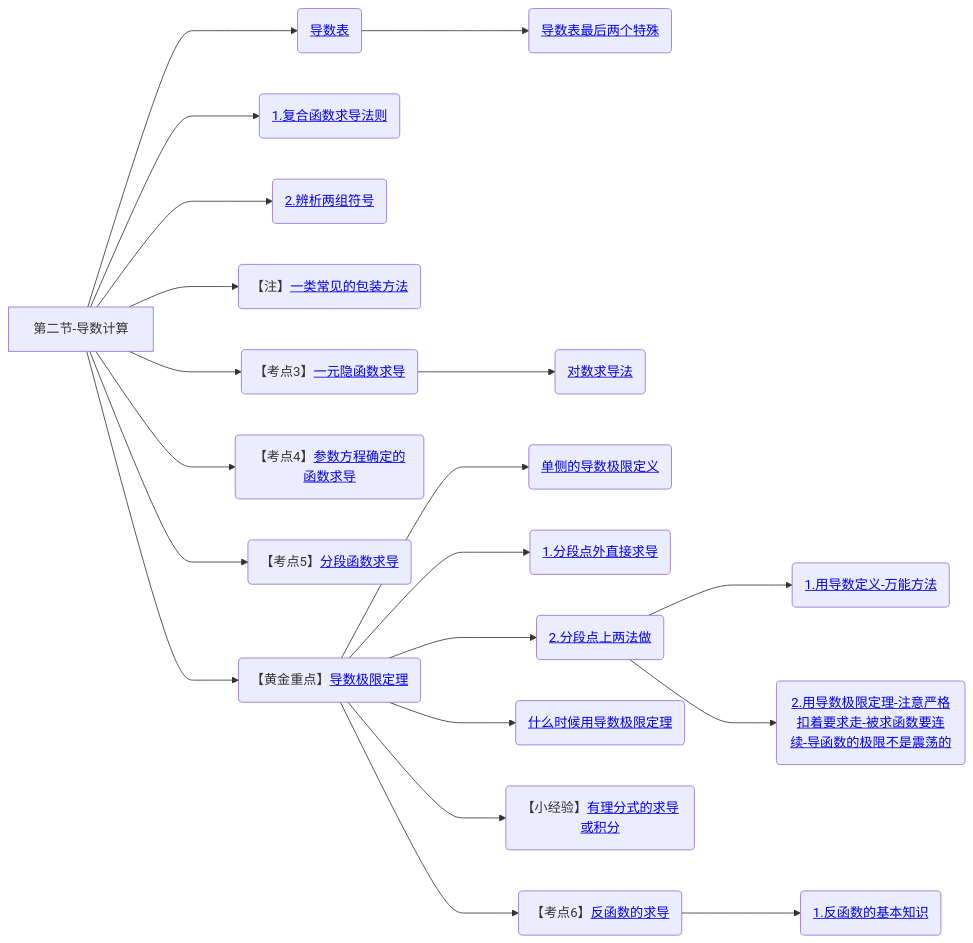
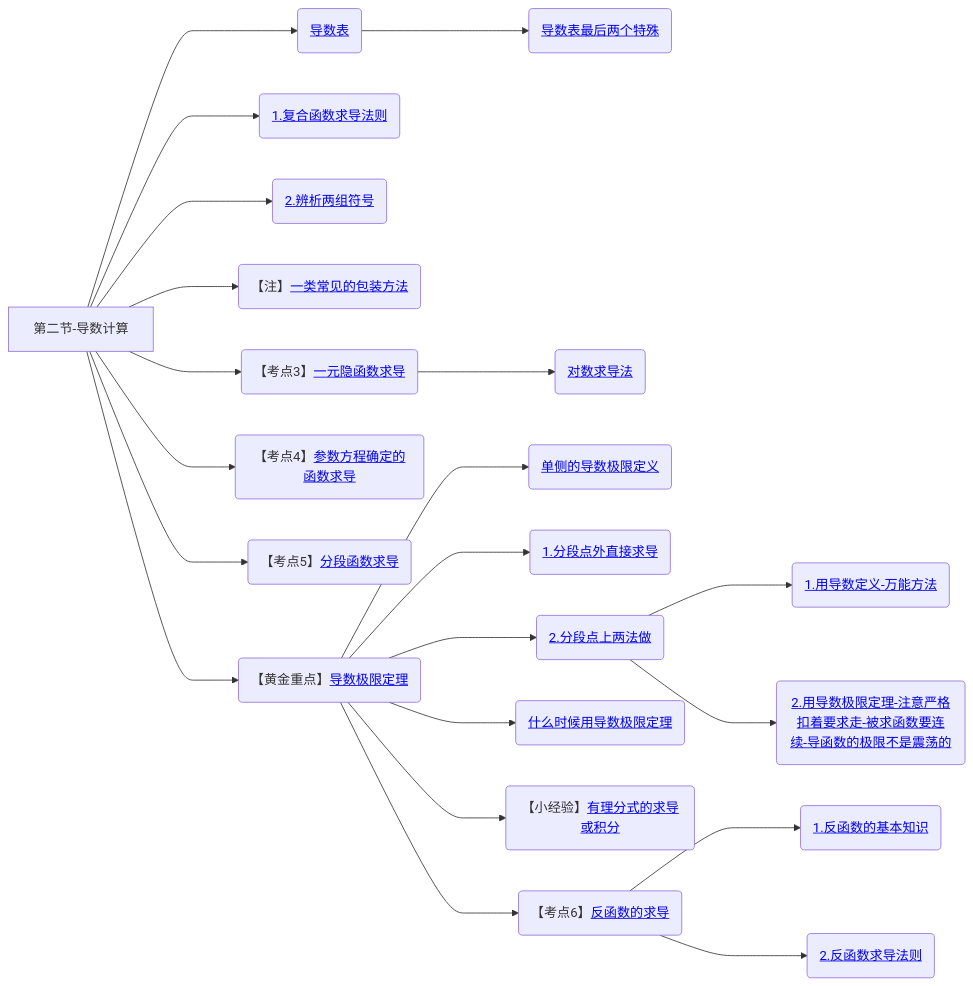
One commit to yuebinghui/note changed diagram 12 of 12 in 笔记/数学/周洋鑫/01.基础班思维导图.md. Above: the diagram before and after it, drawn with Mermaid. The commit also changed 7 other files, not shown here.

````diff
--- a/笔记/数学/周洋鑫/01.基础班思维导图.md
+++ b/笔记/数学/周洋鑫/01.基础班思维导图.md
@@ -454,33 +454,34 @@
 ```mermaid
 graph LR
 第二节-导数计算
 
 第二节-导数计算--->导数表(<a href="/Users/yuebinghui/Documents/program/github/note/笔记/数学/周洋鑫/零基础提前学/11.1零基础核心考点精讲10-1.md#导数表-必须记住">导数表</>)
 导数表--->导数表最后两个特殊(<a href="/Users/yuebinghui/Documents/program/github/note/笔记/数学/周洋鑫/零基础提前学/11.1零基础核心考点精讲10-1.md#导数表最后两个特殊">导数表最后两个特殊</>)
 第二节-导数计算--->复合函数求导法则(<a href="/Users/yuebinghui/Documents/program/github/note/笔记/数学/周洋鑫/基础班/12.导数计算_1.md#复合函数求导法则">1.复合函数求导法则</>)
 第二节-导数计算--->2.辨析两组符号(<a href="/Users/yuebinghui/Documents/program/github/note/笔记/数学/周洋鑫/基础班/12.导数计算_1.md#2.辨析两组符号">2.辨析两组符号</>)
 
 第二节-导数计算--->一类常见的包装方法(【注】<a href="/Users/yuebinghui/Documents/program/github/note/笔记/数学/周洋鑫/基础班/12.导数计算_1.md#一类常见的包装方法">一类常见的包装方法</>)
 
 第二节-导数计算--->一元隐函数求导(【考点3】<a href="/Users/yuebinghui/Documents/program/github/note/笔记/数学/周洋鑫/基础班/12.导数计算_1.md#一元隐函数求导">一元隐函数求导</>)
 
 一元隐函数求导--->对数求导法(<a href="/Users/yuebinghui/Documents/program/github/note/笔记/数学/周洋鑫/基础班/13.导数计算_2.md#对数求导法">对数求导法</>)
 
 第二节-导数计算--->参数方程确定的函数求导(【考点4】<a href="/Users/yuebinghui/Documents/program/github/note/笔记/数学/周洋鑫/基础班/13.导数计算_2.md#参数方程确定的函数求导">参数方程确定的函数求导</>)
 
 第二节-导数计算--->分段函数求导(【考点5】<a href="/Users/yuebinghui/Documents/program/github/note/笔记/数学/周洋鑫/基础班/13.导数计算_2.md#分段函数求导">分段函数求导</>)
 
 第二节-导数计算--->导数极限定理(【黄金重点】<a href="/Users/yuebinghui/Documents/program/github/note/笔记/数学/周洋鑫/基础班/13.导数计算_2.md#导数极限定理">导数极限定理</>)
 导数极限定理--->单侧的导数极限定义(<a href="/Users/yuebinghui/Documents/program/github/note/笔记/数学/周洋鑫/基础班/13.导数计算_2.md#单侧的导数极限定义">单侧的导数极限定义</>)
 导数极限定理--->1.分段点外直接求导(<a href="/Users/yuebinghui/Documents/program/github/note/笔记/数学/周洋鑫/基础班/13.导数计算_2.md#1.分段点外直接求导">1.分段点外直接求导</>)
 导数极限定理--->2.分段点上两法做(<a href="/Users/yuebinghui/Documents/program/github/note/笔记/数学/周洋鑫/基础班/13.导数计算_2.md#2.分段点上两法做">2.分段点上两法做</>)
 2.分段点上两法做--->1.用导数定义-万能方法(<a href="/Users/yuebinghui/Documents/program/github/note/笔记/数学/周洋鑫/基础班/13.导数计算_2.md#1.用导数定义-万能方法">1.用导数定义-万能方法</>)
 2.分段点上两法做--->2.用导数极限定理-注意严格扣着要求走-被求函数要连续-导函数的极限不是震荡的(<a href="/Users/yuebinghui/Documents/program/github/note/笔记/数学/周洋鑫/基础班/13.导数计算_2.md#2.用导数极限定理-注意严格扣着要求走-被求函数要连续-导函数的极限不是震荡的">2.用导数极限定理-注意严格扣着要求走-被求函数要连续-导函数的极限不是震荡的</>)
 导数极限定理--->什么时候用导数极限定理(<a href="/Users/yuebinghui/Documents/program/github/note/笔记/数学/周洋鑫/基础班/13.导数计算_2.md#什么时候用导数极限定理">什么时候用导数极限定理</>)
 
 导数极限定理--->有理分式的求导或积分(【小经验】<a href="/Users/yuebinghui/Documents/program/github/note/笔记/数学/周洋鑫/基础班/13.导数计算_2.md#有理分式的求导或积分">有理分式的求导或积分</>)
 
 导数极限定理--->反函数的求导(【考点6】<a href="/Users/yuebinghui/Documents/program/github/note/笔记/数学/周洋鑫/基础班/13.导数计算_2.md#反函数的求导">反函数的求导</>)
 反函数的求导--->1.反函数的基本知识(<a href="/Users/yuebinghui/Documents/program/github/note/笔记/数学/周洋鑫/基础班/13.导数计算_2.md#1.反函数的基本知识">1.反函数的基本知识</>)
+反函数的求导--->2.反函数求导法则(<a href="/Users/yuebinghui/Documents/program/github/note/笔记/数学/周洋鑫/基础班/13.导数计算_2.md#2.反函数求导法则">2.反函数求导法则</>)
 
 ```
````
